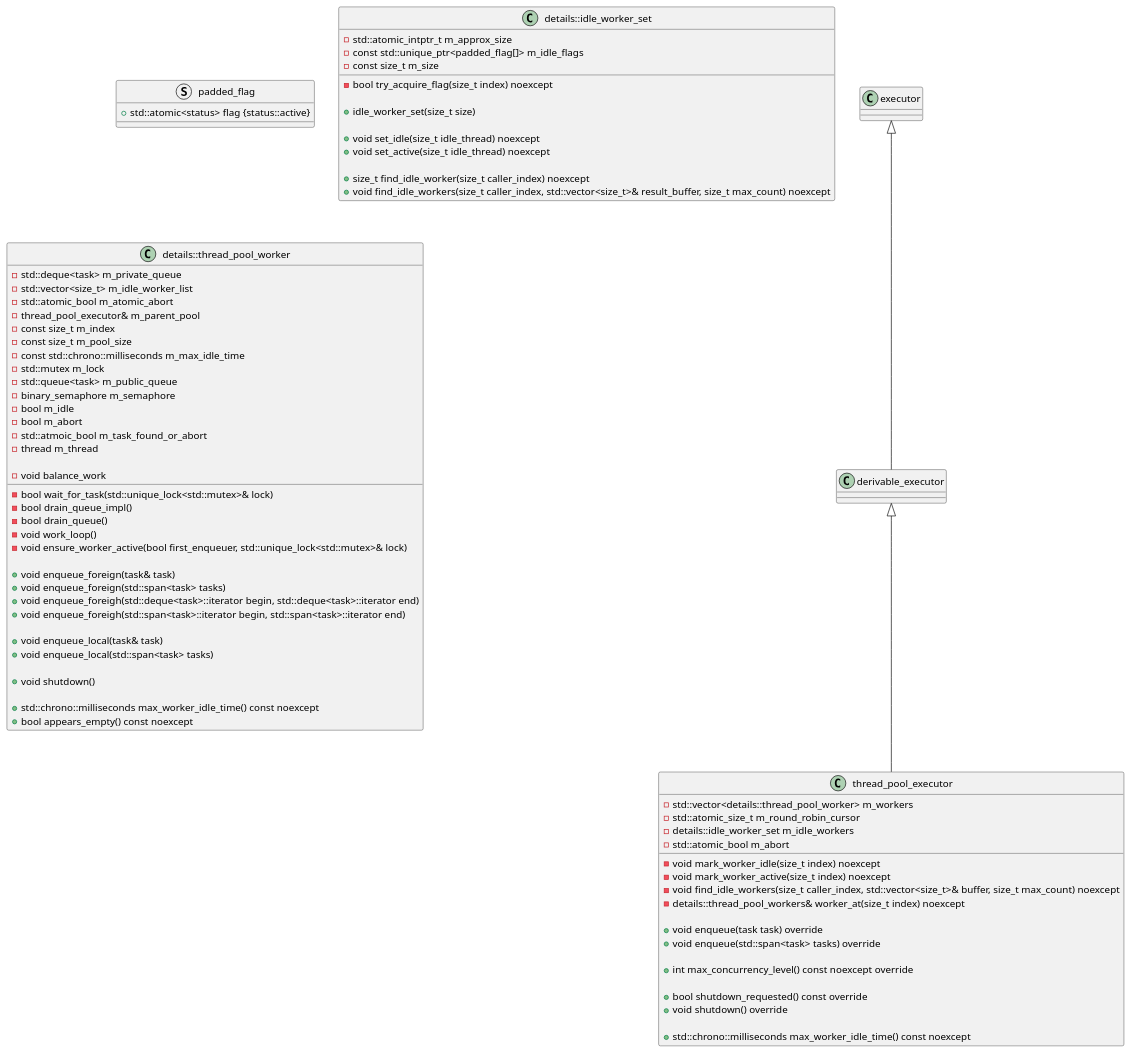
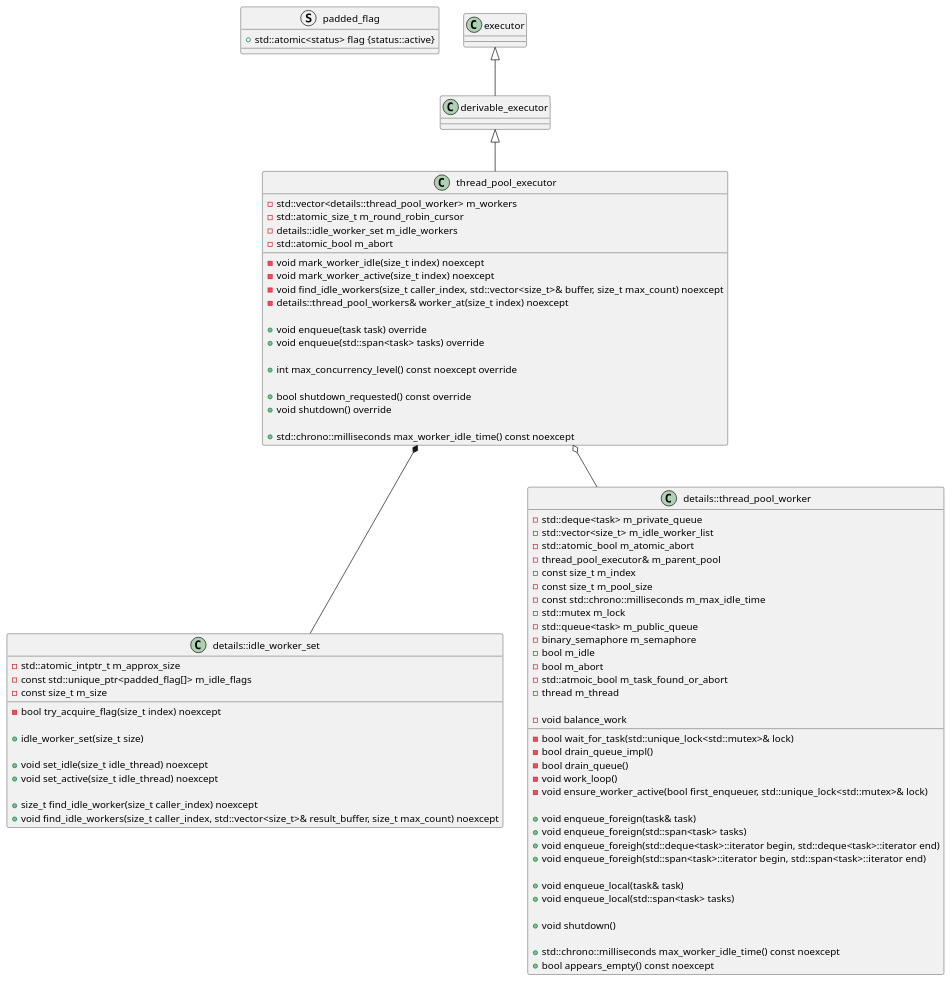
One commit to sgkind/firefly changed the ninth of 15 diagrams in concurrencpp.md. Above: the diagram before and after it, drawn with PlantUML. The commit also changed other lines of this file, not shown here.

````diff
--- a/concurrencpp.md
+++ b/concurrencpp.md
@@ -500,5 +533,4 @@
 ```plantuml
-
 struct padded_flag {
   + std::atomic<status> flag {status::active}
 }
@@ -511,7 +543,7 @@
   - bool try_acquire_flag(size_t index) noexcept
 
   + idle_worker_set(size_t size)
-  
+
   + void set_idle(size_t idle_thread) noexcept
   + void set_active(size_t idle_thread) noexcept
 
@@ -574,7 +606,7 @@
 
   + void enqueue(task task) override
   + void enqueue(std::span<task> tasks) override
-  
+
   + int max_concurrency_level() const noexcept override
 
   + bool shutdown_requested() const override
@@ -584,5 +616,6 @@
 }
 
 derivable_executor <|-- thread_pool_executor
-
+thread_pool_executor *-- details::idle_worker_set
+thread_pool_executor o-- details::thread_pool_worker
 ```
````
